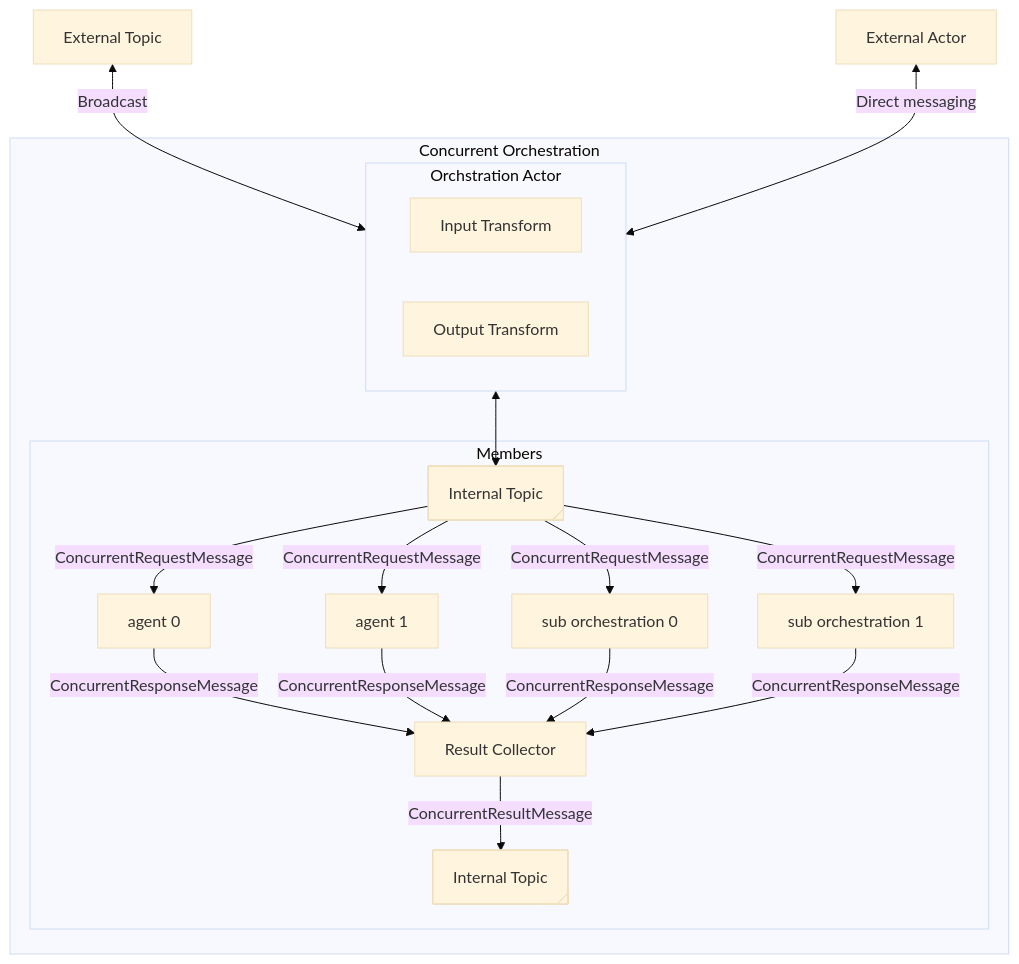
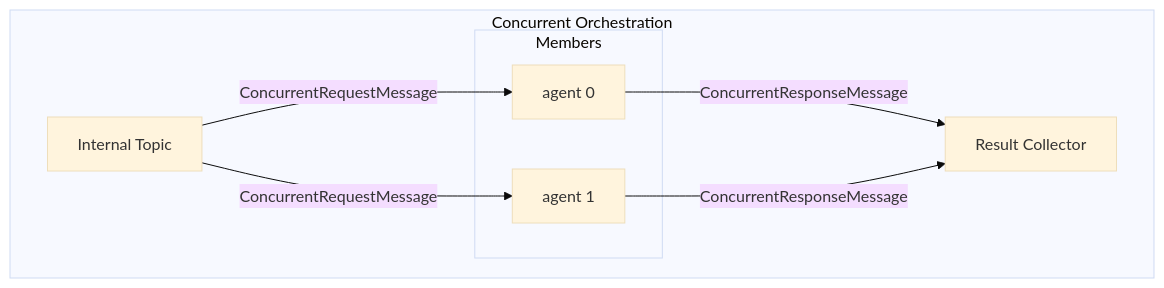
Before and after one commit to microsoft/semantic-kernel: the second of 5 diagrams in docs/decisions/00xx-multi-agent-orchestration.md, drawn with Mermaid (base theme). The commit also changed other lines of this file, not shown here.

````diff
--- a/docs/decisions/00xx-multi-agent-orchestration.md
+++ b/docs/decisions/00xx-multi-agent-orchestration.md
@@ -603,42 +465,19 @@
 ```mermaid
 graph TD
-  %% External
-  EXT_Topic[External Topic]
-  EXT_Actor[External Actor]
-
   %% Outer Block
   subgraph Concurrent Orchestration
-    subgraph OA[Orchstration Actor]
-      InputTransform[Input Transform]
-      OutputTransform[Output Transform]
-    end
-
     subgraph Members[Members]
       AG0[agent 0]
       AG1[agent 1]
-      SO0[sub orchestration 0]
-      SO1[sub orchestration 1]
-      IT0@{ shape: tag-rect, label: "Internal Topic" }
-      IT1@{ shape: tag-rect, label: "Internal Topic" }
-      RC[Result Collector]
     end
 
+    IT[Internal Topic]
+    RC[Result Collector]
   end
 
-  %% Connections
-  EXT_Topic <--> |Broadcast| OA
-  EXT_Actor <--> |Direct messaging| OA
-  OA <--> IT0
-
-  IT0 --> |ConcurrentRequestMessage| AG0
-  IT0 --> |ConcurrentRequestMessage| AG1
-  IT0 --> |ConcurrentRequestMessage| SO0
-  IT0 --> |ConcurrentRequestMessage| SO1
+  IT --> |ConcurrentRequestMessage| AG0
+  IT --> |ConcurrentRequestMessage| AG1
 
   AG0 --> |ConcurrentResponseMessage| RC
   AG1 --> |ConcurrentResponseMessage| RC
-  SO0 --> |ConcurrentResponseMessage| RC
-  SO1 --> |ConcurrentResponseMessage| RC
-
-  RC --> |ConcurrentResultMessage| IT1
 ```
````
